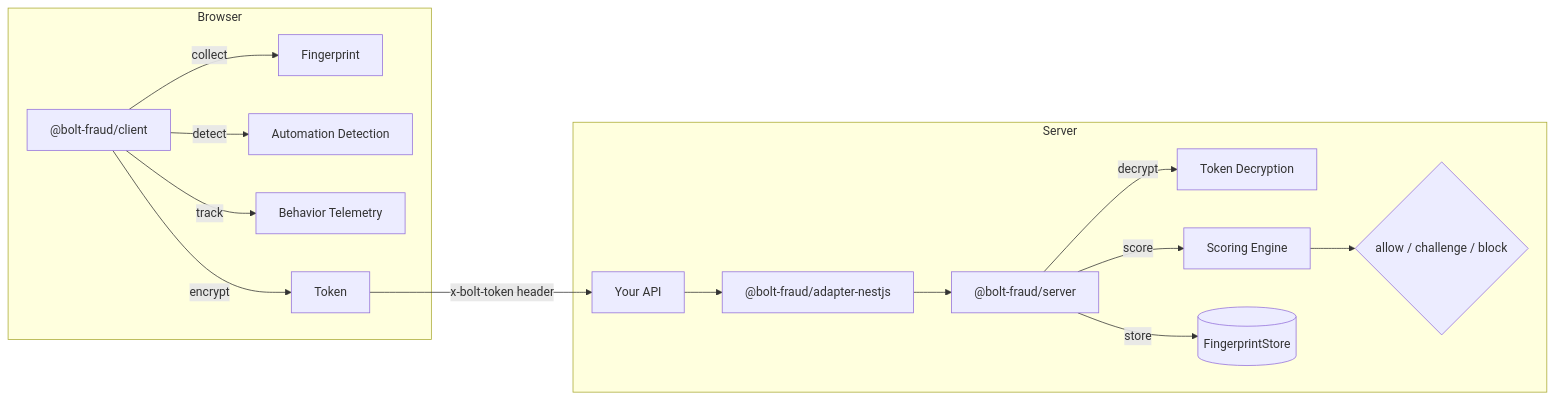
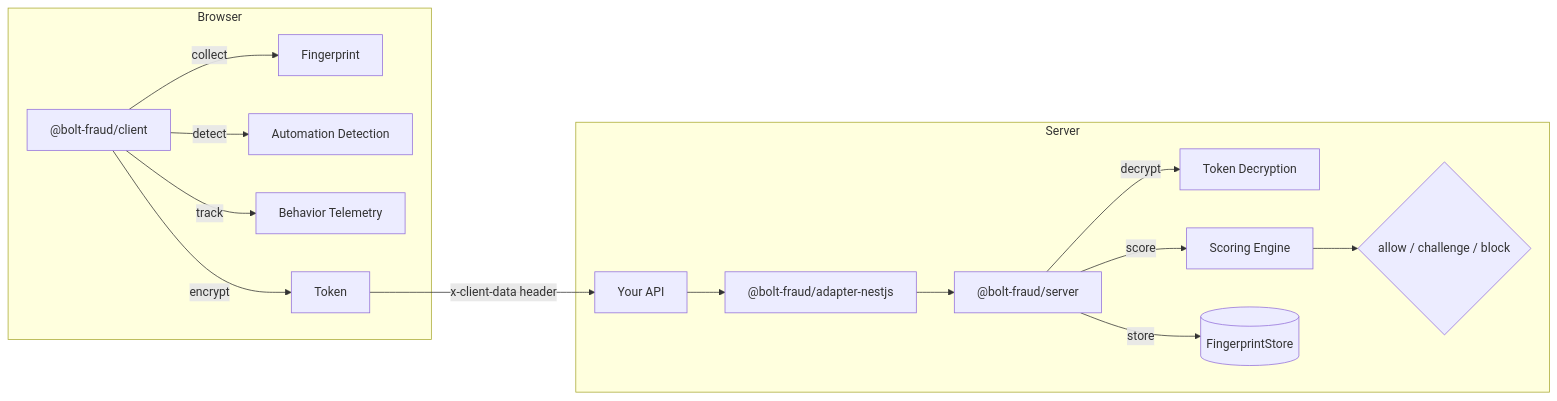
One commit to soysaucem/bolt-fraud changed the diagram in README.md. Above: the diagram before and after it, drawn with Mermaid. The commit also changed other lines of this file and 2 other files, not shown here.

First line of the commit message:
refactor: update documentation for token header rename

````diff
--- a/README.md
+++ b/README.md
@@ -7,21 +7,21 @@
 ```mermaid
 graph LR
   subgraph Browser
     SDK["@bolt-fraud/client"]
     SDK -->|collect| FP[Fingerprint]
     SDK -->|detect| AD[Automation Detection]
     SDK -->|track| BH[Behavior Telemetry]
     SDK -->|encrypt| TK[Token]
   end
 
-  TK -->|x-bolt-token header| API[Your API]
+  TK -->|x-client-data header| API[Your API]
 
   subgraph Server
     API --> Guard["@bolt-fraud/adapter-nestjs"]
     Guard --> Core["@bolt-fraud/server"]
     Core -->|decrypt| Dec[Token Decryption]
     Core -->|score| SE[Scoring Engine]
     SE --> Decision{allow / challenge / block}
     Core -->|store| Store[(FingerprintStore)]
   end
 ```
````
